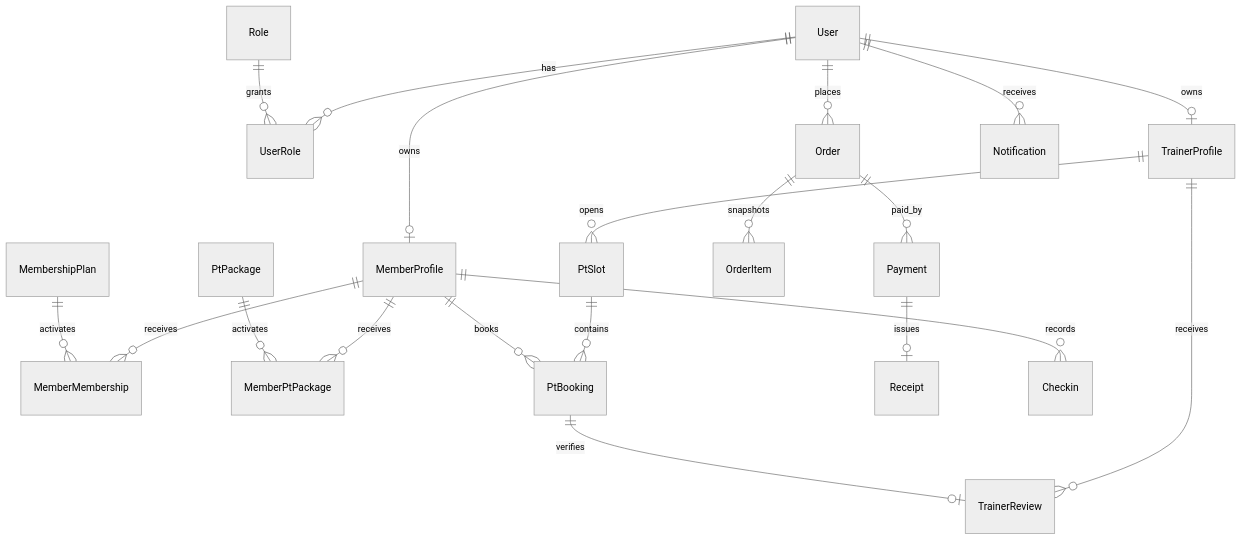
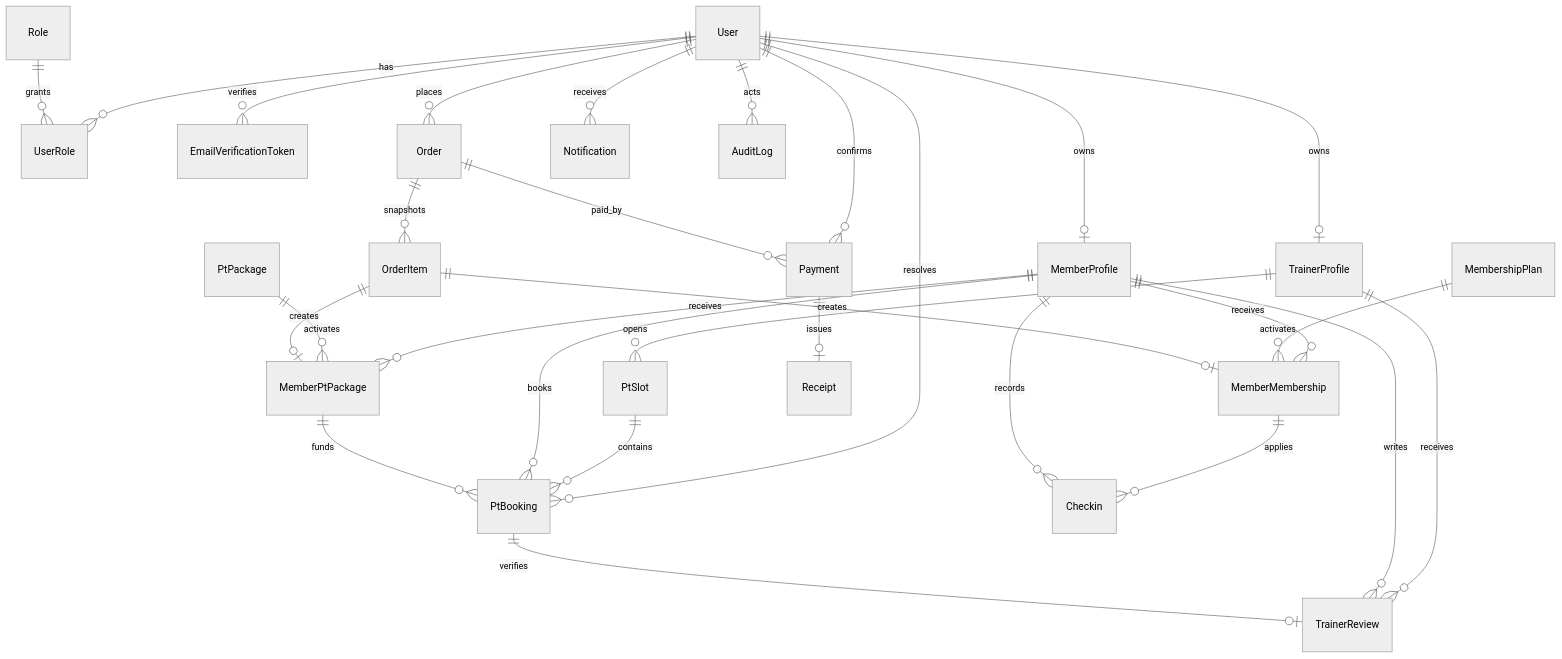
Before and after one commit to vhoanglong54/CNPM_GYM: the diagram in docs/05-Database-Design.md, drawn with Mermaid (neutral theme). The commit also changed other lines of this file and 8 other files, not shown here.

````diff
--- a/docs/05-Database-Design.md
+++ b/docs/05-Database-Design.md
@@ -31,22 +35,35 @@
 ```mermaid
 erDiagram
   User ||--o{ UserRole : has
   Role ||--o{ UserRole : grants
+  User ||--o{ EmailVerificationToken : verifies
   User ||--o| MemberProfile : owns
   User ||--o| TrainerProfile : owns
+  User ||--o{ Order : places
+  User ||--o{ Payment : confirms
+  User ||--o{ PtBooking : resolves
+  User ||--o{ Notification : receives
+  User ||--o{ AuditLog : acts
+
   MemberProfile ||--o{ MemberMembership : receives
   MembershipPlan ||--o{ MemberMembership : activates
+  OrderItem ||--o| MemberMembership : creates
+  MemberMembership ||--o{ Checkin : applies
+  MemberProfile ||--o{ Checkin : records
+
   MemberProfile ||--o{ MemberPtPackage : receives
   PtPackage ||--o{ MemberPtPackage : activates
+  OrderItem ||--o| MemberPtPackage : creates
+
   TrainerProfile ||--o{ PtSlot : opens
   PtSlot ||--o{ PtBooking : contains
   MemberProfile ||--o{ PtBooking : books
+  MemberPtPackage ||--o{ PtBooking : funds
   TrainerProfile ||--o{ TrainerReview : receives
+  MemberProfile ||--o{ TrainerReview : writes
   PtBooking ||--o| TrainerReview : verifies
-  User ||--o{ Order : places
+
   Order ||--o{ OrderItem : snapshots
   Order ||--o{ Payment : paid_by
   Payment ||--o| Receipt : issues
-  MemberProfile ||--o{ Checkin : records
-  User ||--o{ Notification : receives
 ```
````
